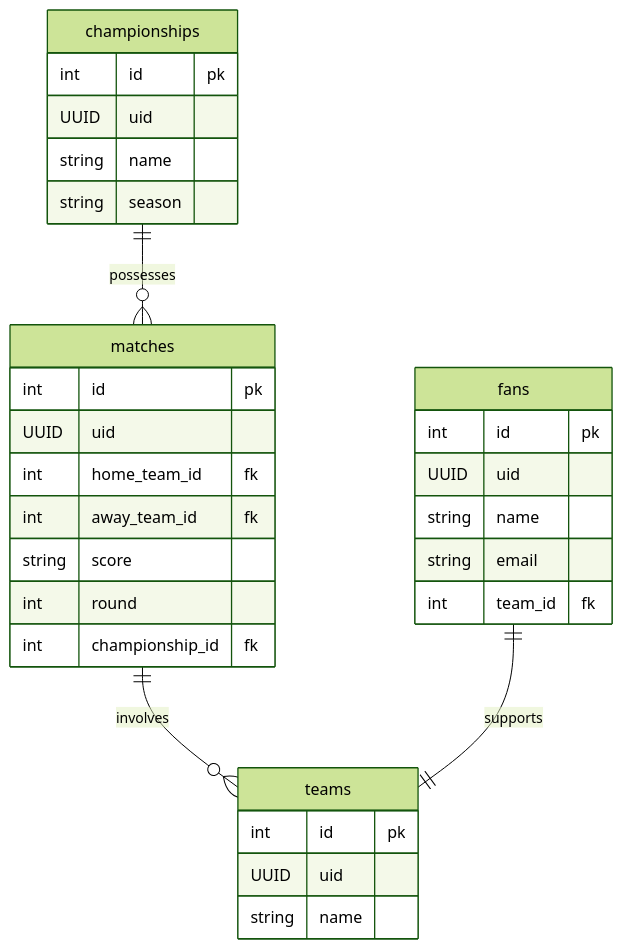
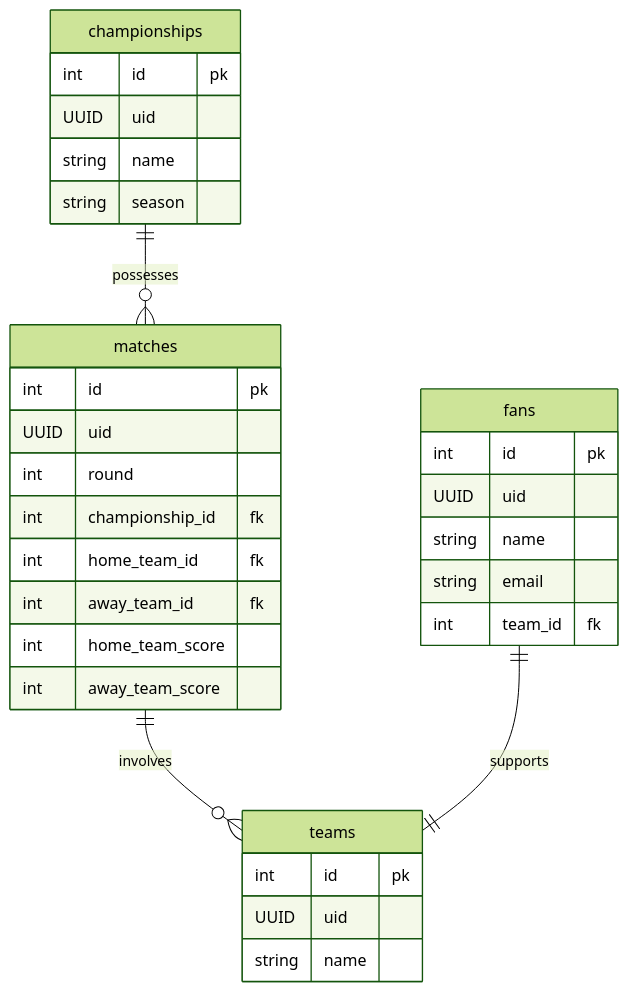
Before and after one commit to jtonynet/go-soccer-fan: the diagram in README.md, drawn with Mermaid (forest theme). The commit also changed 9 other files, not shown here.

````diff
--- a/README.md
+++ b/README.md
@@ -114,37 +114,38 @@
 ```mermaid
 erDiagram
     championships {
         int id pk
         UUID uid
         string name
         string season
     }
     
     matches {
         int id pk
         UUID uid
+        int round
+        int championship_id fk
         int home_team_id fk
         int away_team_id fk
-        string score
-        int round
-        int championship_id fk
+        int home_team_score
+        int away_team_score
     }
 
     teams {
         int id pk
         UUID uid
         string name
     }
 
     fans {
         int id pk
         UUID uid
         string name
         string email
         int team_id fk
     }
 
     championships ||--o{ matches : possesses
     matches ||--o{ teams : involves
     fans ||--|| teams : supports
 ```
````
